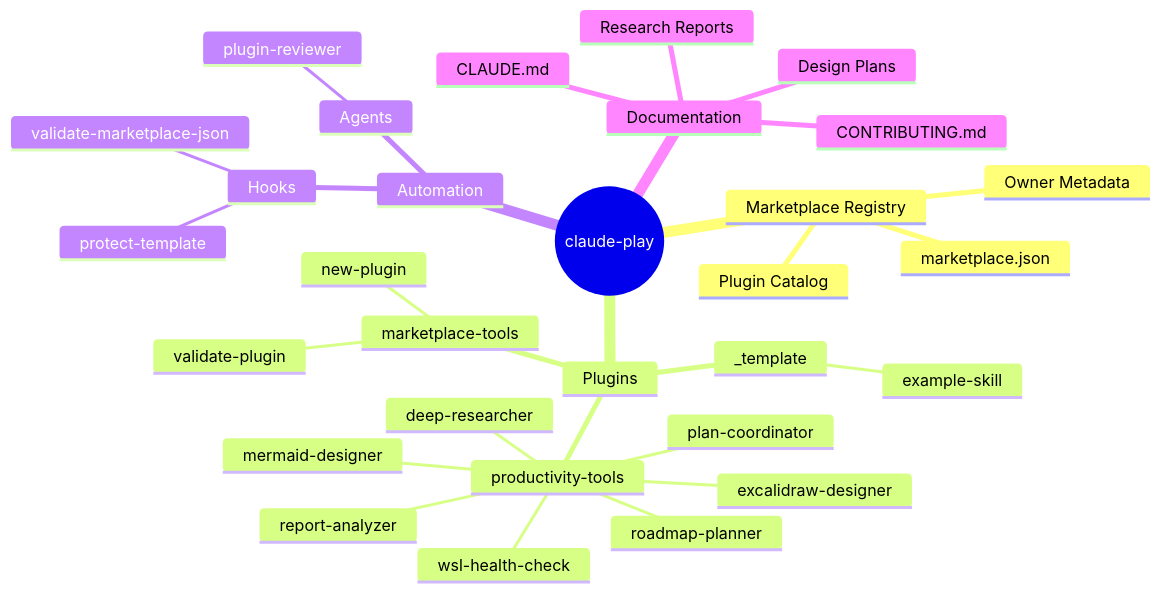
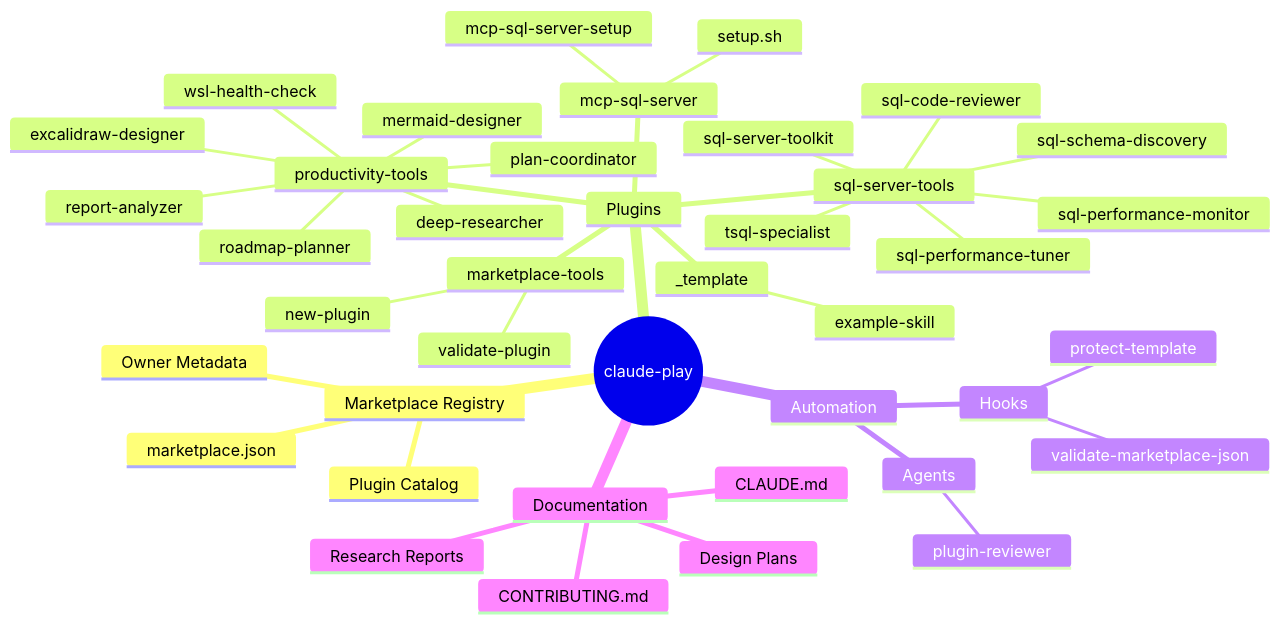
The first of 5 diagrams in docs/diagrams/repo-architecture.md (odeciojunior/claude-play), drawn with Mermaid before and after one commit. The commit also changed other lines of this file and 1 other file, not shown here.

Commit message:
docs(repo-architecture): update diagrams and descriptions for sql-server-tools and mcp-sql-server plugins

````diff
--- a/docs/diagrams/repo-architecture.md
+++ b/docs/diagrams/repo-architecture.md
@@ -5,33 +5,43 @@
 ```mermaid
 mindmap
   root((claude-play))
     Marketplace Registry
       marketplace.json
       Plugin Catalog
       Owner Metadata
     Plugins
       productivity-tools
         deep-researcher
         report-analyzer
         roadmap-planner
         plan-coordinator
         mermaid-designer
         excalidraw-designer
         wsl-health-check
       marketplace-tools
         new-plugin
         validate-plugin
+      sql-server-tools
+        sql-performance-monitor
+        sql-schema-discovery
+        sql-performance-tuner
+        tsql-specialist
+        sql-code-reviewer
+        sql-server-toolkit
+      mcp-sql-server
+        mcp-sql-server-setup
+        setup.sh
       _template
         example-skill
     Automation
       Hooks
         protect-template
         validate-marketplace-json
       Agents
         plugin-reviewer
     Documentation
       CLAUDE.md
       CONTRIBUTING.md
       Design Plans
       Research Reports
 ```
````
